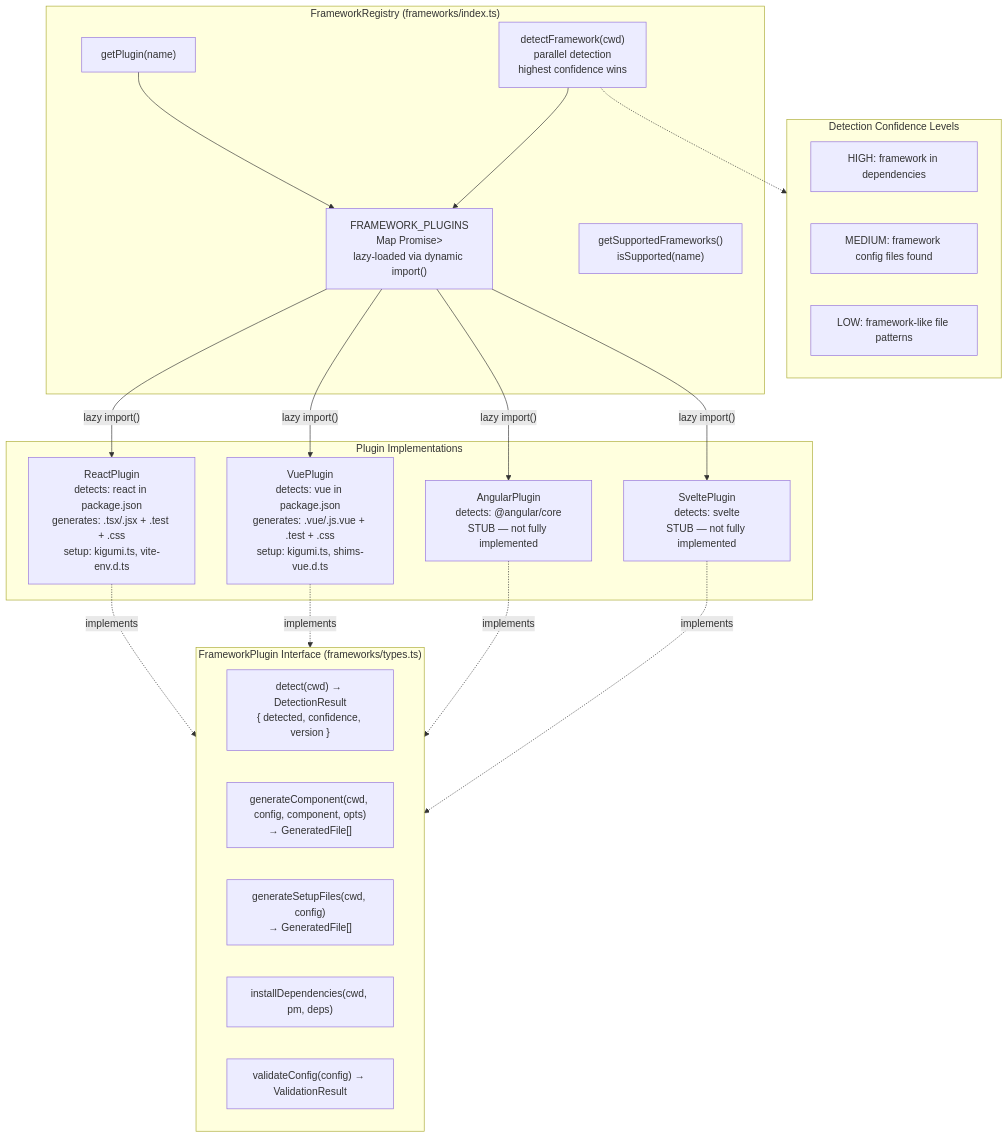
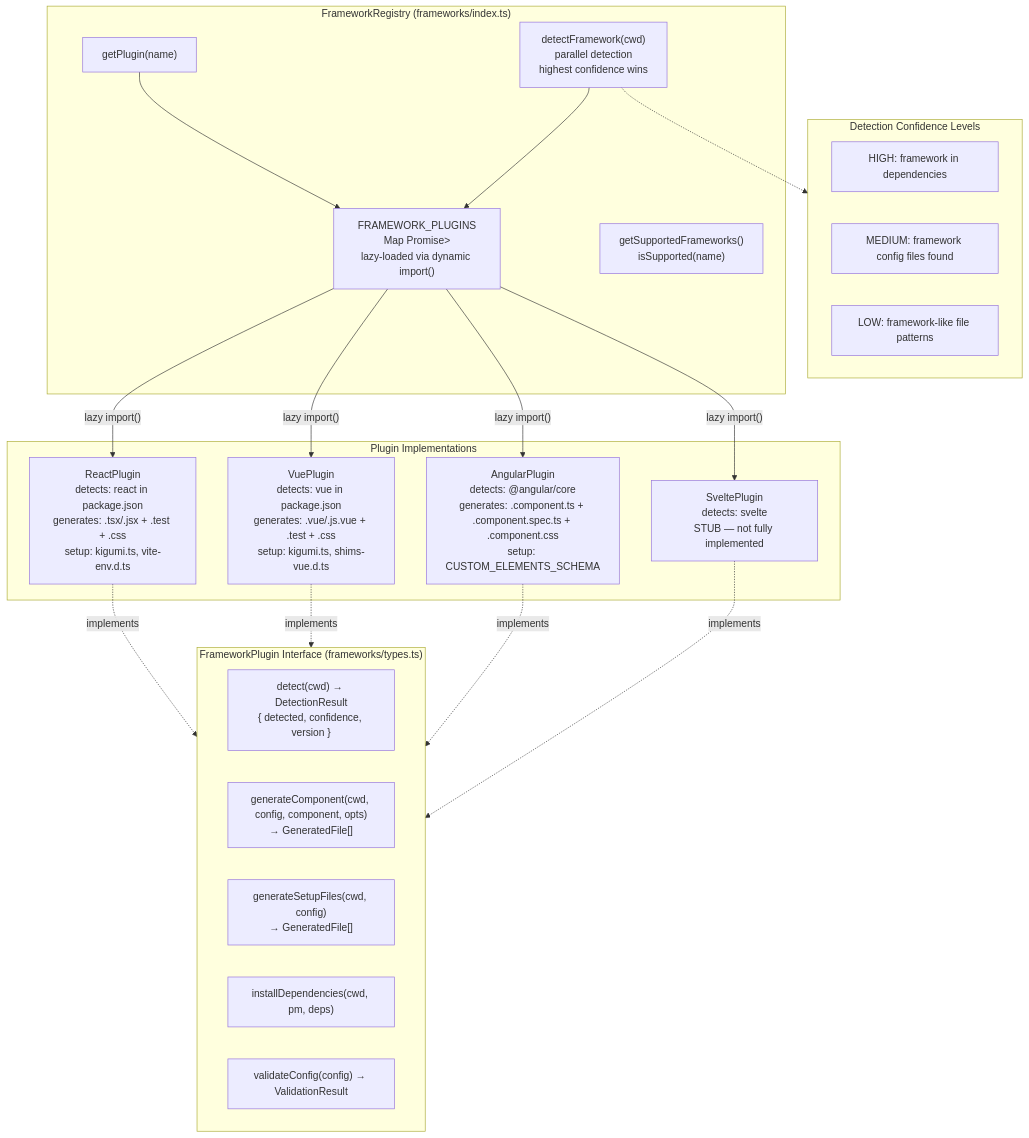
Before and after one commit to kigumi-ui/kigumi-cli: the fourth of 5 diagrams in AGENTS.md, drawn with Mermaid. The commit also changed other lines of this file and 44 other files, not shown here.

````diff
--- a/AGENTS.md
+++ b/AGENTS.md
@@ -538,36 +538,36 @@
 ```mermaid
 flowchart TB
     subgraph Interface["FrameworkPlugin Interface (frameworks/types.ts)"]
         detect["detect(cwd) → DetectionResult\n{ detected, confidence, version }"]
         generate["generateComponent(cwd, config, component, opts)\n→ GeneratedFile[]"]
         setup["generateSetupFiles(cwd, config)\n→ GeneratedFile[]"]
         install["installDependencies(cwd, pm, deps)"]
         validate["validateConfig(config) → ValidationResult"]
     end
 
     subgraph Registry["FrameworkRegistry (frameworks/index.ts)"]
         MAP["FRAMEWORK_PLUGINS\nMap<string, () => Promise<Plugin>>\nlazy-loaded via dynamic import()"]
         getPlugin["getPlugin(name)"]
         detectFW["detectFramework(cwd)\nparallel detection\nhighest confidence wins"]
         supported["getSupportedFrameworks()\nisSupported(name)"]
     end
 
     subgraph Plugins["Plugin Implementations"]
         R["ReactPlugin\ndetects: react in package.json\ngenerates: .tsx/.jsx + .test + .css\nsetup: kigumi.ts, vite-env.d.ts"]
         V["VuePlugin\ndetects: vue in package.json\ngenerates: .vue/.js.vue + .test + .css\nsetup: kigumi.ts, shims-vue.d.ts"]
-        A["AngularPlugin\ndetects: @angular/core\nSTUB — not fully implemented"]
+        A["AngularPlugin\ndetects: @angular/core\ngenerates: .component.ts + .component.spec.ts + .component.css\nsetup: CUSTOM_ELEMENTS_SCHEMA"]
         S["SveltePlugin\ndetects: svelte\nSTUB — not fully implemented"]
     end
 
     subgraph Detection["Detection Confidence Levels"]
         HIGH["HIGH: framework in dependencies"]
         MED["MEDIUM: framework config files found"]
         LOW["LOW: framework-like file patterns"]
     end
 
     MAP -->|"lazy import()"| R & V & A & S
     R & V & A & S -.->|"implements"| Interface
     getPlugin --> MAP
     detectFW --> MAP
     detectFW -.-> Detection
 ```
````
